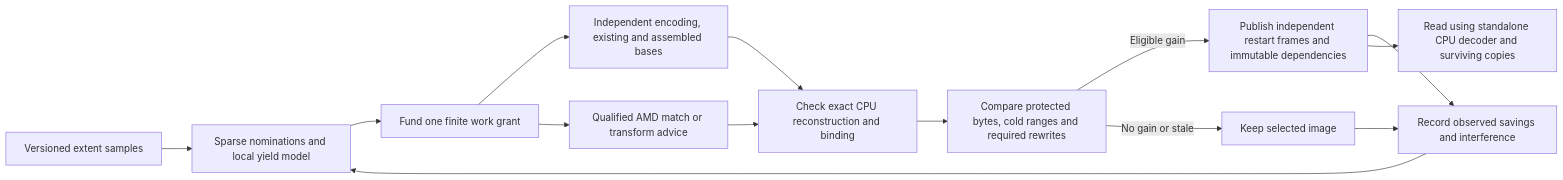
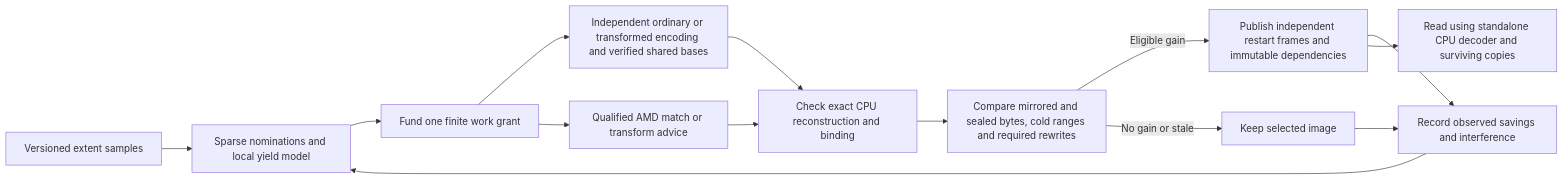
One commit to strmt7/FlitzFS changed the fifth of 11 diagrams in docs/architecture/TARGET.md. Above: the diagram before and after it, drawn with Mermaid. The commit also changed other lines of this file and 19 other files, not shown here.

Commit message:
Add verified cold byte planes and reconcile FlitzFS release work

````diff
--- a/docs/architecture/TARGET.md
+++ b/docs/architecture/TARGET.md
@@ -257,16 +259,16 @@
 ```mermaid
 flowchart LR
     Scan["Versioned extent samples"] --> Rank["Sparse nominations and local yield model"]
     Rank --> Budget["Fund one finite work grant"]
-    Budget --> CP["Independent encoding, existing and assembled bases"]
+    Budget --> CP["Independent ordinary or transformed encoding and verified shared bases"]
     Budget --> GPU["Qualified AMD match or transform advice"]
     CP --> Verify["Check exact CPU reconstruction and binding"]
     GPU --> Verify
-    Verify --> Price["Compare protected bytes, cold ranges and required rewrites"]
+    Verify --> Price["Compare mirrored and sealed bytes, cold ranges and required rewrites"]
     Price -->|Eligible gain| Commit["Publish independent restart frames and immutable dependencies"]
     Price -->|No gain or stale| Keep["Keep selected image"]
     Commit --> Learn["Record observed savings and interference"]
     Keep --> Learn
     Learn --> Rank
     Commit --> Rescue["Read using standalone CPU decoder and surviving copies"]
 ```
````
